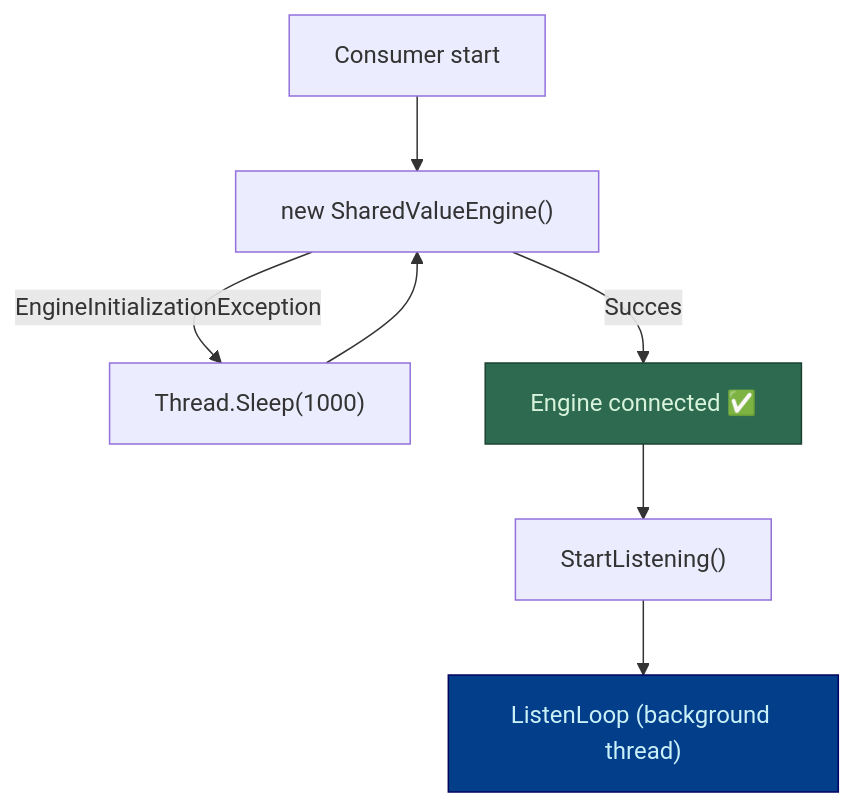
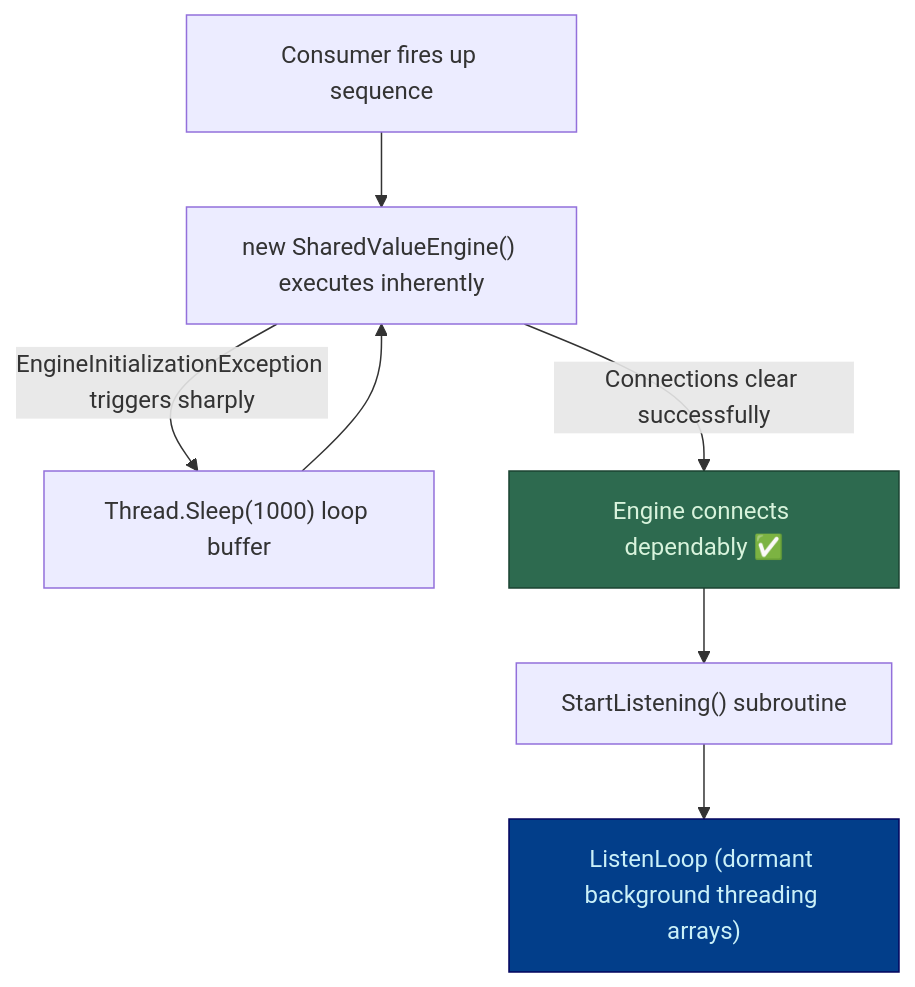
Before and after one commit to snodeplannen/sharedvar: diagram 12 of 23 in SharedValueV3_MemMap/ARCHITECTURE.md, drawn with Mermaid. The commit also changed other lines of this file and 90 other files, not shown here.

````diff
--- a/SharedValueV3_MemMap/ARCHITECTURE.md
+++ b/SharedValueV3_MemMap/ARCHITECTURE.md
@@ -440,12 +440,12 @@
 ```mermaid
 flowchart TD
-    START["Consumer start"] --> TRY["new SharedValueEngine()"]
-    TRY -->|"EngineInitializationException"| SLEEP["Thread.Sleep(1000)"]
+    START["Consumer fires up sequence"] --> TRY["new SharedValueEngine() executes inherently"]
+    TRY -->|"EngineInitializationException triggers sharply"| SLEEP["Thread.Sleep(1000) loop buffer"]
     SLEEP --> TRY
-    TRY -->|"Succes"| CONNECTED["Engine connected ✅"]
-    CONNECTED --> LISTEN["StartListening()"]
-    LISTEN --> LOOP["ListenLoop (background thread)"]
+    TRY -->|"Connections clear successfully"| CONNECTED["Engine connects dependably ✅"]
+    CONNECTED --> LISTEN["StartListening() subroutine"]
+    LISTEN --> LOOP["ListenLoop (dormant background threading arrays)"]
 
     style CONNECTED fill:#2d6a4f,stroke:#1b4332,color:#d8f3dc
     style LOOP fill:#023e8a,stroke:#03045e,color:#caf0f8
 ```
````
